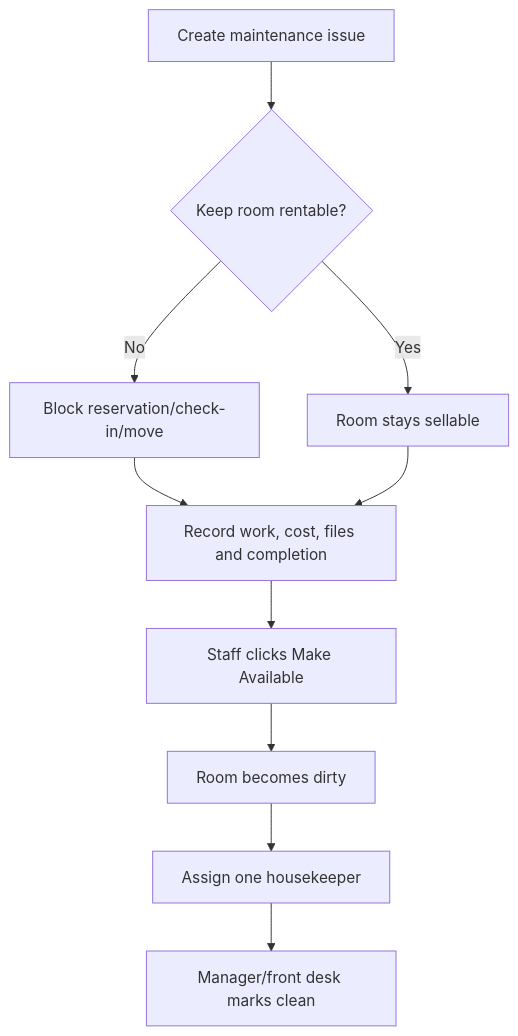
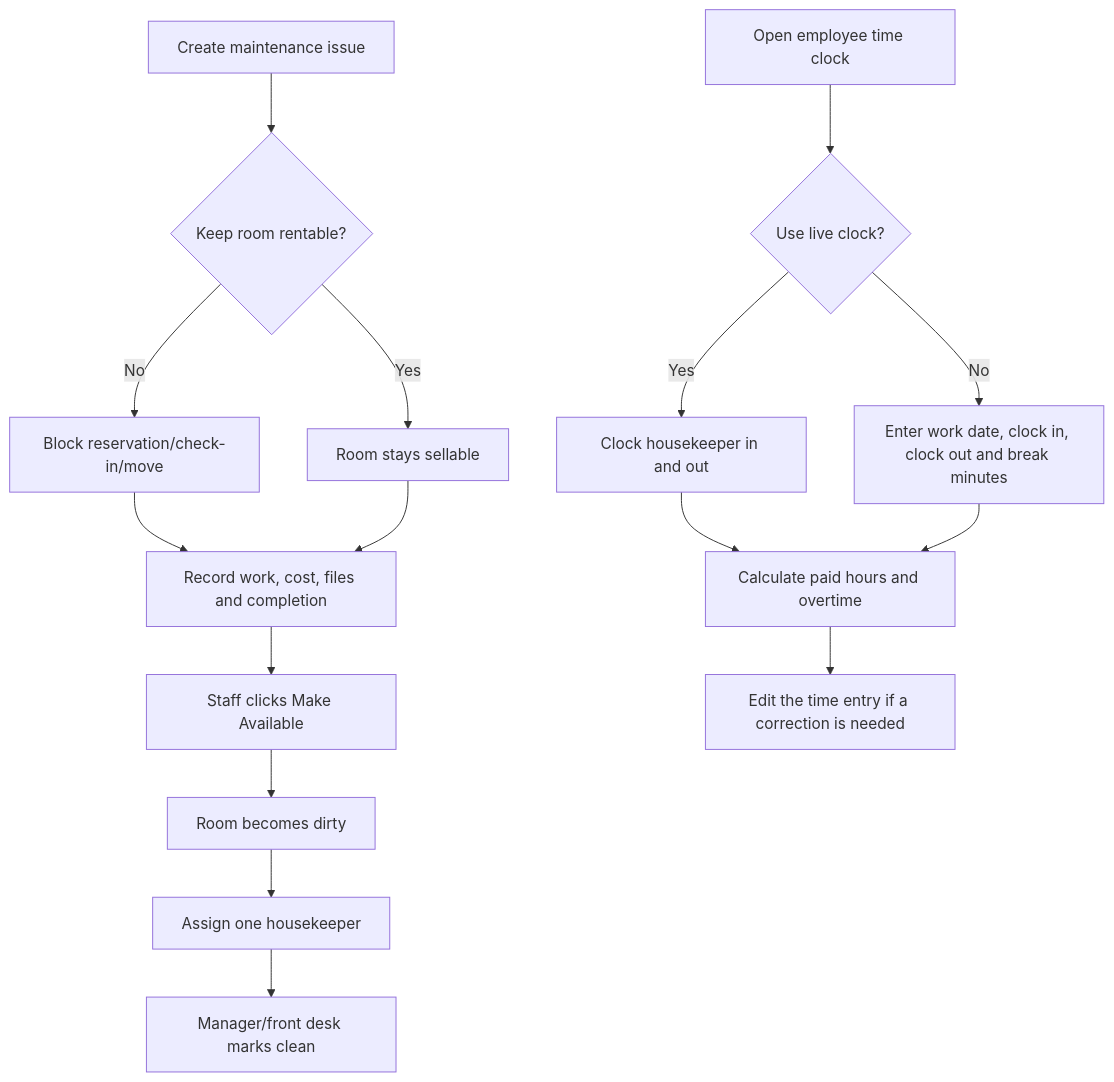
Before and after one commit to axellonecommerce-pixel/Hotel-PMS-Backend: the eighth of 11 diagrams in docs/user-flow.md, drawn with Mermaid. The commit also changed 14 other files, not shown here.

````diff
--- a/docs/user-flow.md
+++ b/docs/user-flow.md
@@ -126,12 +126,18 @@
 ```mermaid
 flowchart TD
   A[Create maintenance issue] --> B{Keep room rentable?}
   B -->|No| C[Block reservation/check-in/move]
   B -->|Yes| D[Room stays sellable]
   C --> E[Record work, cost, files and completion]
   D --> E
   E --> F[Staff clicks Make Available]
   F --> G[Room becomes dirty]
   G --> H[Assign one housekeeper]
   H --> I[Manager/front desk marks clean]
+  J[Open employee time clock] --> K{Use live clock?}
+  K -->|Yes| L[Clock housekeeper in and out]
+  K -->|No| M[Enter work date, clock in, clock out and break minutes]
+  L --> N[Calculate paid hours and overtime]
+  M --> N
+  N --> O[Edit the time entry if a correction is needed]
 ```
````
